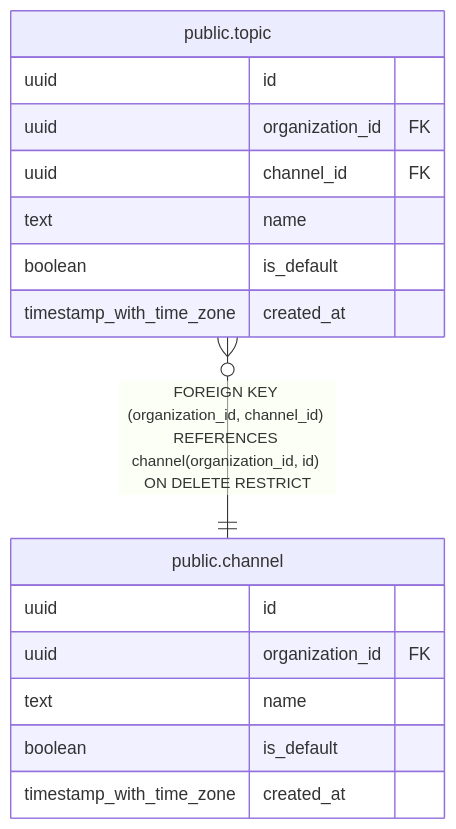
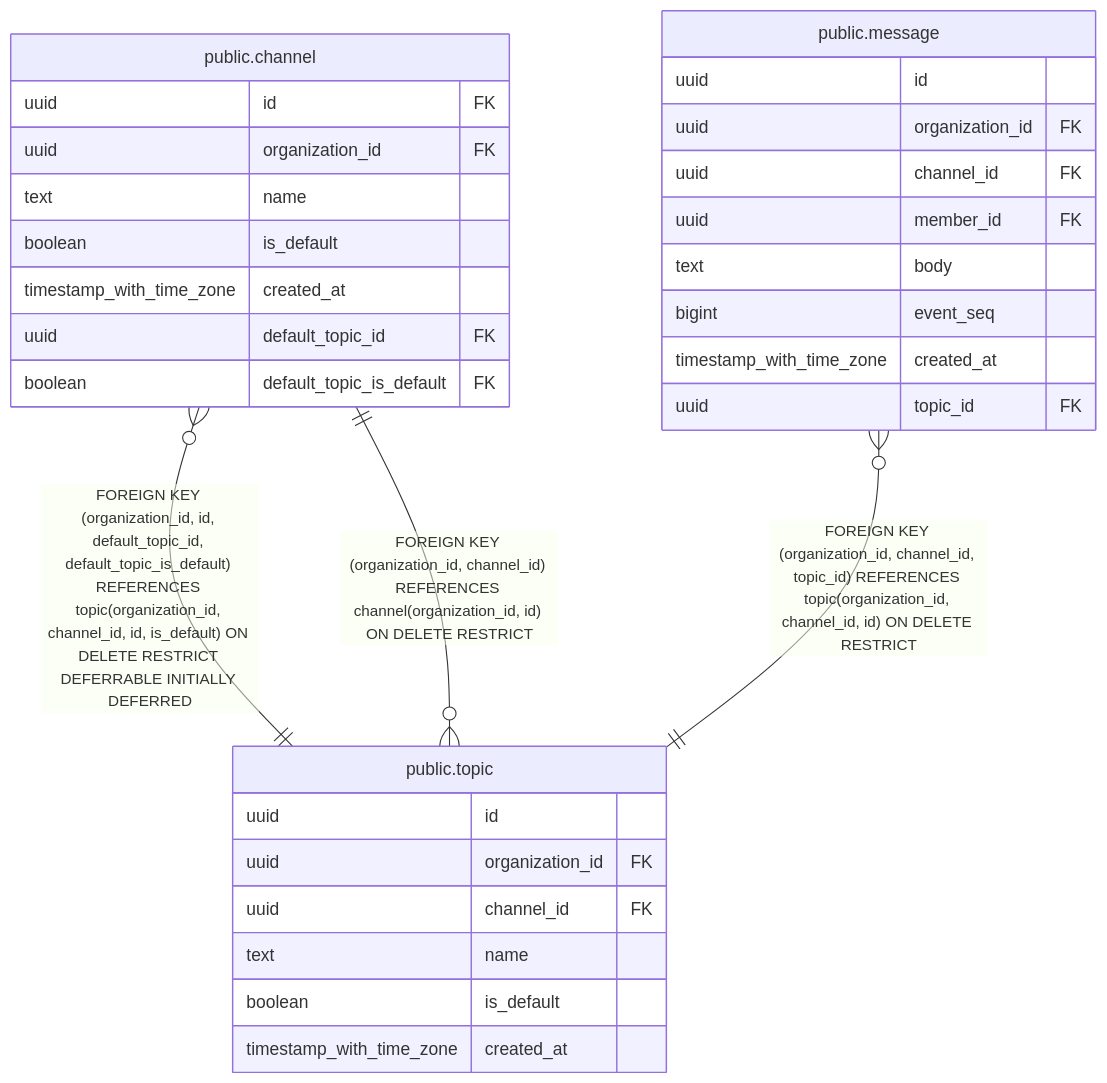
Before and after one commit to tkakkie/ribbitto: the diagram in docs/schema/public.topic.md, drawn with Mermaid. The commit also changed other lines of this file and 30 other files, not shown here.

First line of the commit message:
feat(topic): put every channel and message in a topic

````diff
--- a/docs/schema/public.topic.md
+++ b/docs/schema/public.topic.md
@@ -42,21 +42,35 @@
 ```mermaid
 erDiagram
 
+"public.channel" }o--|| "public.topic" : "FOREIGN KEY (organization_id, id, default_topic_id, default_topic_is_default) REFERENCES topic(organization_id, channel_id, id, is_default) ON DELETE RESTRICT DEFERRABLE INITIALLY DEFERRED"
+"public.message" }o--|| "public.topic" : "FOREIGN KEY (organization_id, channel_id, topic_id) REFERENCES topic(organization_id, channel_id, id) ON DELETE RESTRICT"
 "public.topic" }o--|| "public.channel" : "FOREIGN KEY (organization_id, channel_id) REFERENCES channel(organization_id, id) ON DELETE RESTRICT"
 
 "public.topic" {
   uuid id
   uuid organization_id FK
   uuid channel_id FK
   text name
   boolean is_default
   timestamp_with_time_zone created_at
 }
 "public.channel" {
-  uuid id
+  uuid id FK
   uuid organization_id FK
   text name
   boolean is_default
   timestamp_with_time_zone created_at
+  uuid default_topic_id FK
+  boolean default_topic_is_default FK
+}
+"public.message" {
+  uuid id
+  uuid organization_id FK
+  uuid channel_id FK
+  uuid member_id FK
+  text body
+  bigint event_seq
+  timestamp_with_time_zone created_at
+  uuid topic_id FK
 }
 ```
````
